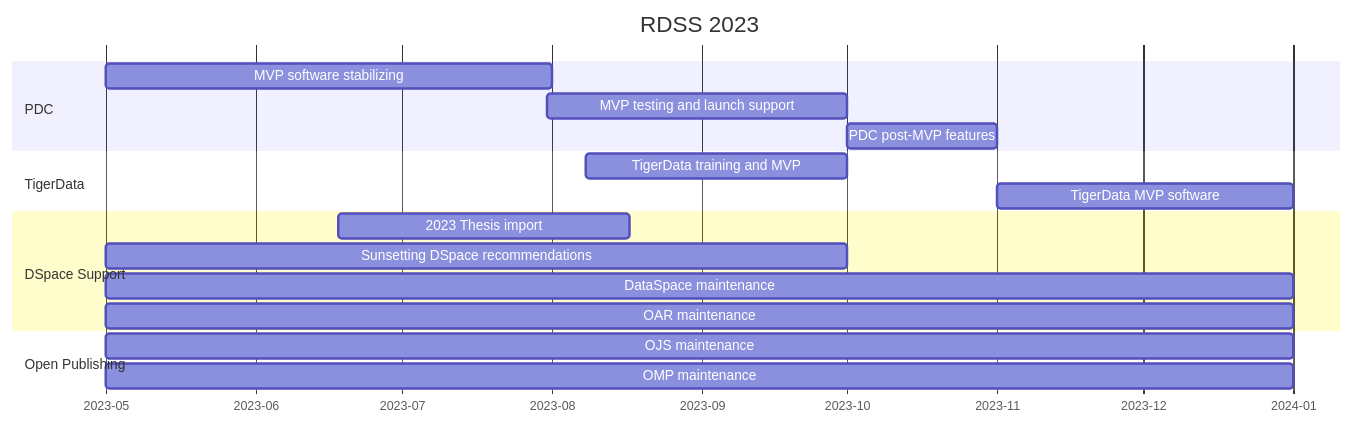
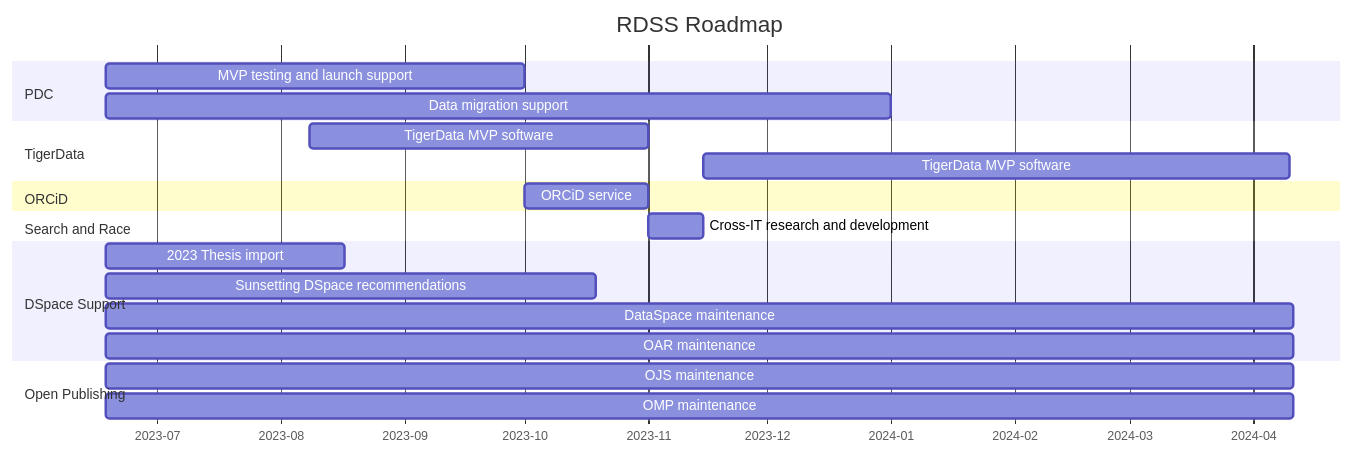
The first of 31 diagrams in roadmap.md (pulibrary/rdss-handbook), drawn with Mermaid before and after one commit. The commit also changed other lines of this file, not shown here.

Commit message:
Updated roadmap for end of year through Feb 2024 (#181)
* Updated roadmap for end of year through Feb 2024

* Removed old note

* Removed May and June 2023

* Removed year from roadmap

* Adjusted PDC swimlanes

````diff
--- a/roadmap.md
+++ b/roadmap.md
@@ -5,21 +5,24 @@
 ```mermaid
 gantt
-    title RDSS 2023
+    title RDSS Roadmap
     axisFormat  %Y-%m
     dateformat YYYY-MM
     section PDC
-    MVP software stabilizing: pd1,2023-05-01, 92d
-    MVP testing and launch support: pd2,2023-07-31,62d
-    PDC post-MVP features: pd3,2023-10-01,31d
+    MVP testing and launch support: pd1,2023-06-18,105d
+    Data migration support: pd2,2023-06-18,197d
     section TigerData
-    TigerData training and MVP: td1,2023-08-08,54d
-    TigerData MVP software: td2,2023-11-01,61d
+    TigerData MVP software: td1,2023-08-08,85d
+    TigerData MVP software: td2,2023-11-15,147d
+    section ORCiD
+    ORCiD service: pd3,2023-10-01,31d
+    section Search and Race
+    Cross-IT research and development: sar1,2023-11-01,14d
     section DSpace Support
     2023 Thesis import: dsp1,2023-06-18,60d
-    Sunsetting DSpace recommendations: dsp2,2023-05-01,153d
-    DataSpace maintenance: dsp3,2023-05-01,245d
-    OAR maintenance: dsp4,2023-05-01,245d
+    Sunsetting DSpace recommendations: dsp2,2023-06-18,123d
+    DataSpace maintenance: dsp3,2023-06-18,298d
+    OAR maintenance: dsp4,2023-06-18,298d
     section Open Publishing
-    OJS maintenance: op1,2023-05-01,245d
-    OMP maintenance: op2,2023-05-01,245d
+    OJS maintenance: op1,2023-06-18,298d
+    OMP maintenance: op2,2023-06-18,298d
 ```
````
